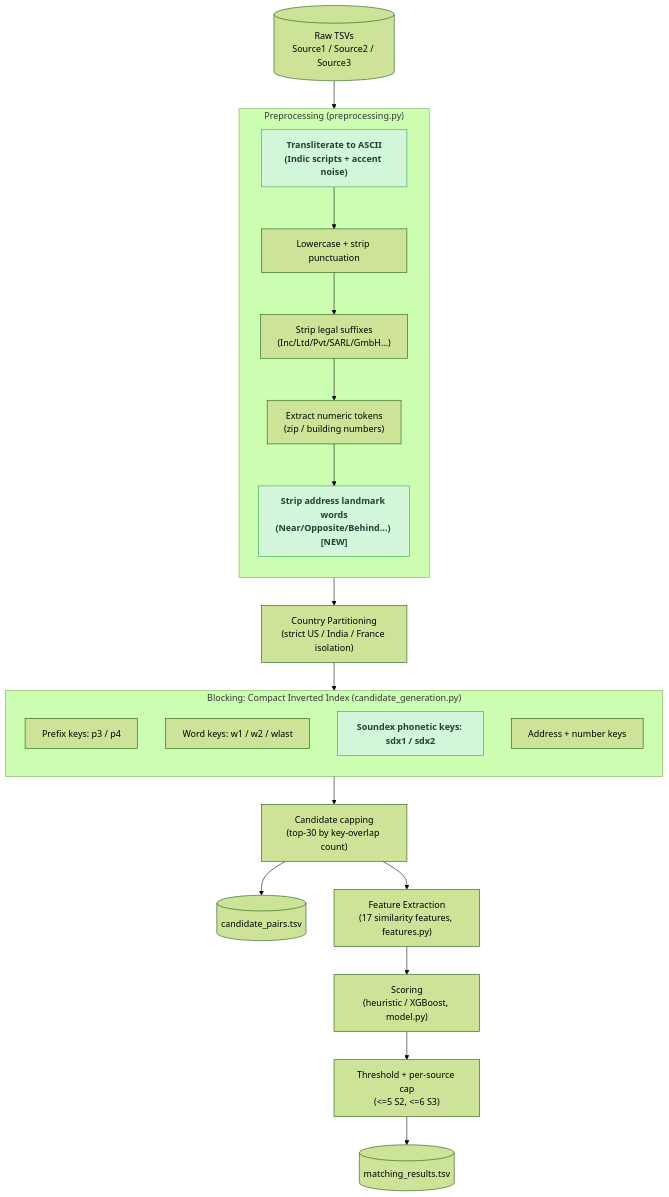
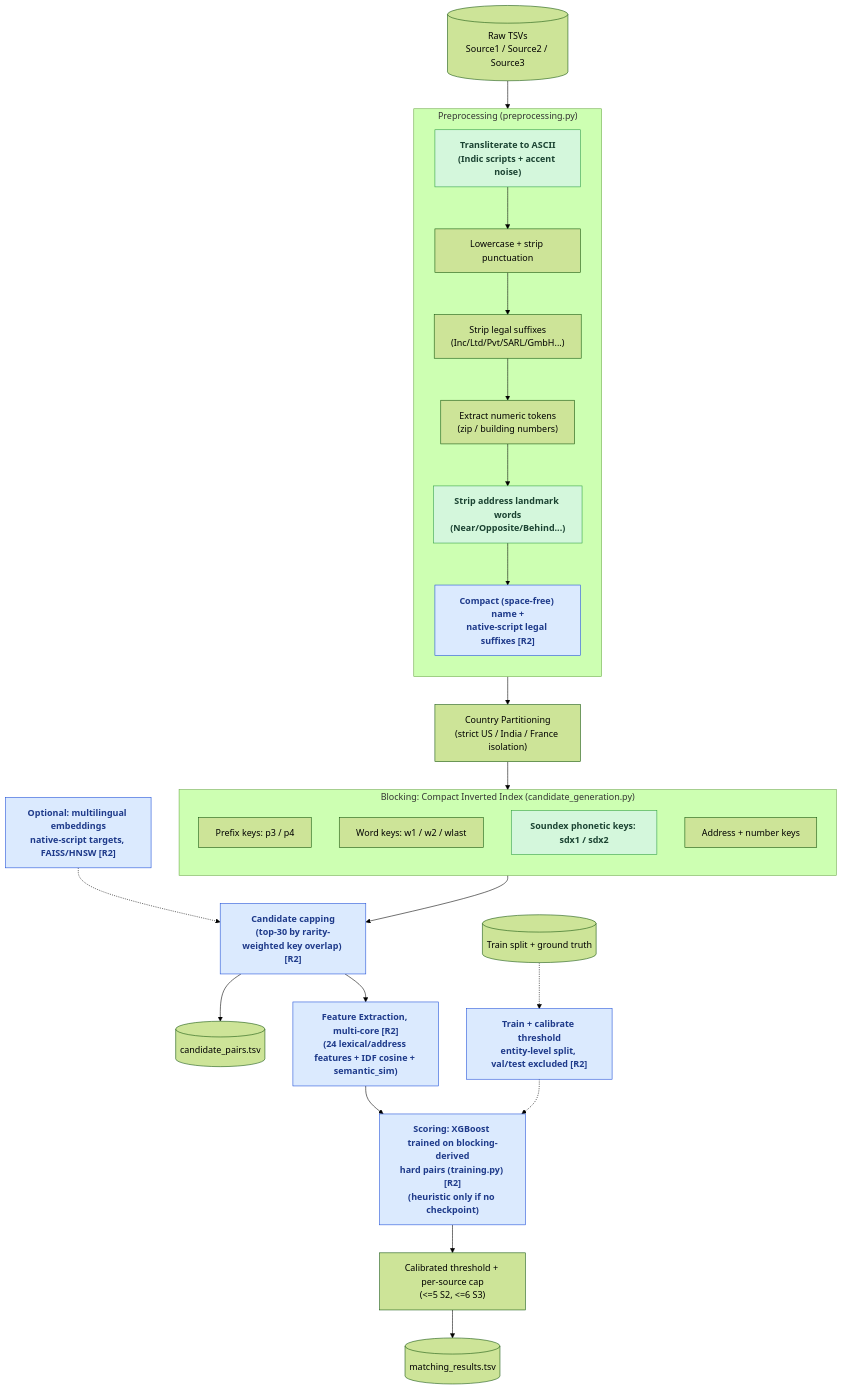
The first of 3 diagrams in README.md (swaindhruti/Amazon-ML-Challenge-2026), drawn with Mermaid (forest theme) before and after one commit. The commit also changed other lines of this file and 1 other file, not shown here.

First line of the commit message:
docs: round-2 root causes, multi-core design, new quickstart and docker flow

````diff
--- a/README.md
+++ b/README.md
@@ -33,35 +33,41 @@
 ```mermaid
 flowchart TD
     A[("Raw TSVs<br/>Source1 / Source2 / Source3")] --> B
 
     subgraph B["Preprocessing (preprocessing.py)"]
         direction TB
         B1["Transliterate to ASCII<br/>(Indic scripts + accent noise)"]
         B2["Lowercase + strip punctuation"]
         B3["Strip legal suffixes<br/>(Inc/Ltd/Pvt/SARL/GmbH...)"]
         B4["Extract numeric tokens<br/>(zip / building numbers)"]
-        B5["Strip address landmark words<br/>(Near/Opposite/Behind...) [NEW]"]
-        B1 --> B2 --> B3 --> B4 --> B5
+        B5["Strip address landmark words<br/>(Near/Opposite/Behind...)"]
+        B6["Compact (space-free) name +<br/>native-script legal suffixes [R2]"]
+        B1 --> B2 --> B3 --> B4 --> B5 --> B6
     end
 
     B --> C["Country Partitioning<br/>(strict US / India / France isolation)"]
     C --> D
 
     subgraph D["Blocking: Compact Inverted Index (candidate_generation.py)"]
         direction TB
         D1["Prefix keys: p3 / p4"]
         D2["Word keys: w1 / w2 / wlast"]
         D3["Soundex phonetic keys: sdx1 / sdx2"]
         D4["Address + number keys"]
     end
 
-    D --> E["Candidate capping<br/>(top-30 by key-overlap count)"]
+    D --> E["Candidate capping<br/>(top-30 by rarity-weighted key overlap) [R2]"]
+    EM["Optional: multilingual embeddings<br/>native-script targets, FAISS/HNSW [R2]"] -.-> E
     E --> F[("candidate_pairs.tsv")]
-    E --> G["Feature Extraction<br/>(17 similarity features, features.py)"]
-    G --> H["Scoring<br/>(heuristic / XGBoost, model.py)"]
-    H --> I["Threshold + per-source cap<br/>(&lt;=5 S2, &lt;=6 S3)"]
+    E --> G["Feature Extraction, multi-core [R2]<br/>(24 lexical/address features + IDF cosine + semantic_sim)"]
+    G --> H["Scoring: XGBoost trained on blocking-derived<br/>hard pairs (training.py) [R2]<br/>(heuristic only if no checkpoint)"]
+    T[("Train split + ground truth")] -.-> TR["Train + calibrate threshold<br/>entity-level split, val/test excluded [R2]"]
+    TR -.-> H
+    H --> I["Calibrated threshold + per-source cap<br/>(&lt;=5 S2, &lt;=6 S3)"]
     I --> J[("matching_results.tsv")]
 
     classDef new fill:#d4f7dc,stroke:#2f9e44,color:#1b4332,font-weight:bold;
     class B1,B5,D3 new;
+    classDef r2 fill:#dbeafe,stroke:#1d4ed8,color:#1e3a8a,font-weight:bold;
+    class B6,E,EM,G,H,TR r2;
 ```
````
